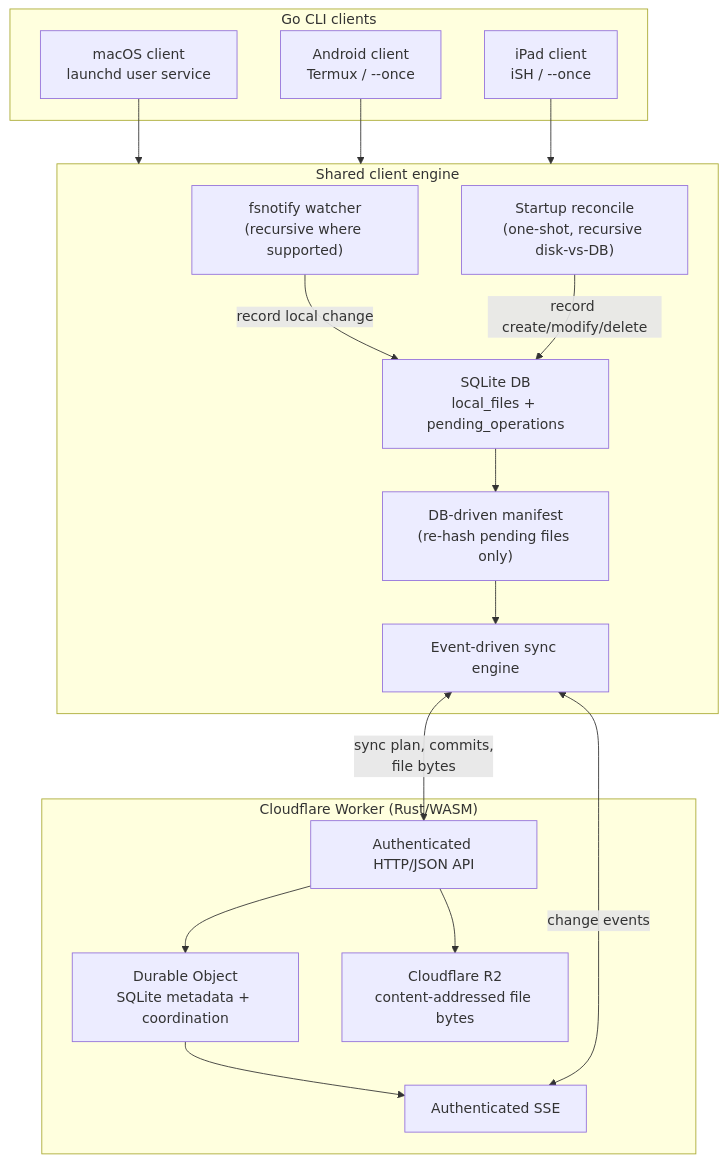
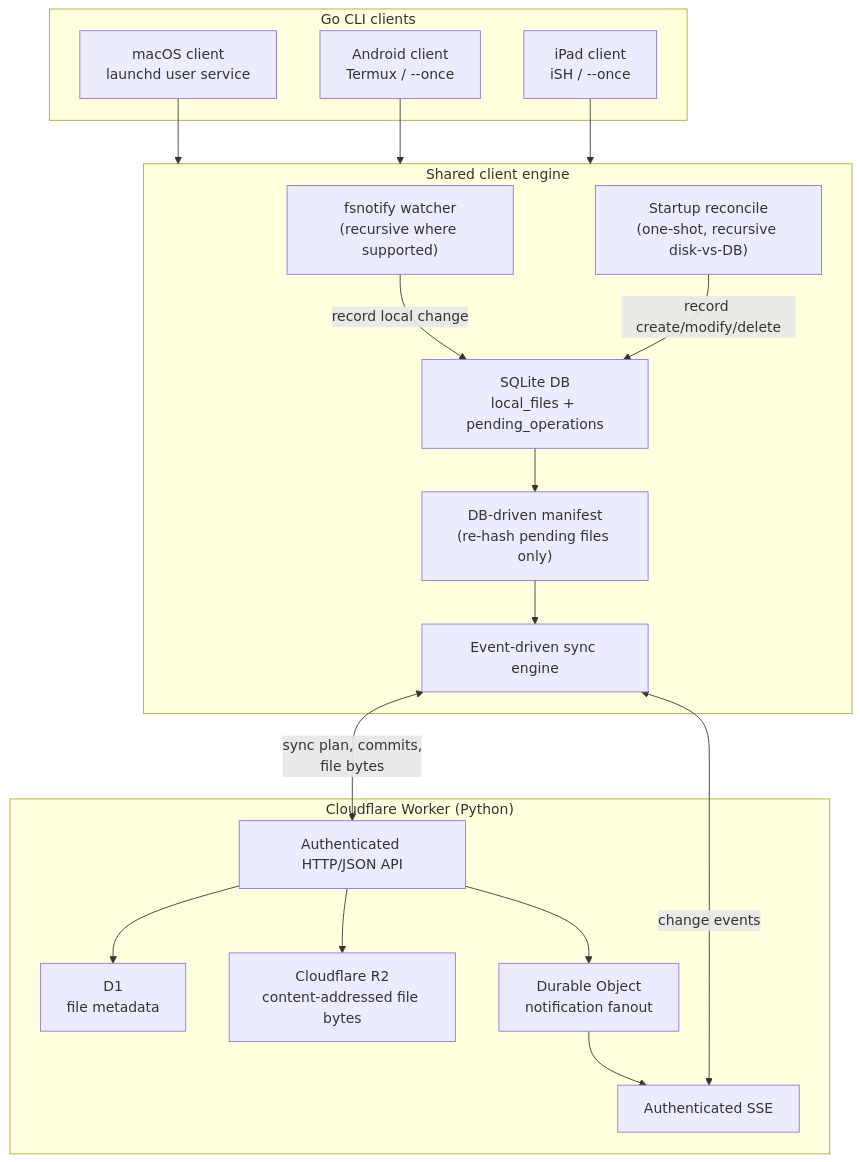
Before and after one commit to ShivangNagta/data_sync: the diagram in MAIN.md, drawn with Mermaid. The commit also changed other lines of this file and 12 other files, not shown here.

Commit message:
SERVER: Add python sync server using python cloudflare workers

````diff
--- a/MAIN.md
+++ b/MAIN.md
@@ -7,39 +7,41 @@
 ```mermaid
 flowchart TB
     subgraph Clients["Go CLI clients"]
         Mac["macOS client<br/>launchd user service"]
         Android["Android client<br/>Termux / --once"]
         IPad["iPad client<br/>iSH / --once"]
     end
 
     subgraph Client["Shared client engine"]
         Watcher["fsnotify watcher<br/>(recursive where supported)"]
         Reconcile["Startup reconcile<br/>(one-shot, recursive disk-vs-DB)"]
         LocalDB["SQLite DB<br/>local_files + pending_operations"]
         Manifest["DB-driven manifest<br/>(re-hash pending files only)"]
         SyncEngine["Event-driven sync engine"]
 
         Watcher -->|"record local change"| LocalDB
         Reconcile -->|"record create/modify/delete"| LocalDB
         LocalDB --> Manifest
         Manifest --> SyncEngine
     end
 
-    subgraph Worker["Cloudflare Worker (Rust/WASM)"]
+    subgraph Worker["Cloudflare Worker (Python)"]
         API["Authenticated HTTP/JSON API"]
-        DurableObject["Durable Object<br/>SQLite metadata + coordination"]
+        D1["D1<br/>file metadata"]
         R2["Cloudflare R2<br/>content-addressed file bytes"]
+        EventHub["Durable Object<br/>notification fanout"]
         Events["Authenticated SSE"]
 
-        API --> DurableObject
+        API --> D1
         API --> R2
-        DurableObject --> Events
+        API --> EventHub
+        EventHub --> Events
     end
 
     Mac --> Client
     Android --> Client
     IPad --> Client
 
     SyncEngine <-->|"sync plan, commits,<br/>file bytes"| API
     SyncEngine <-->|"change events"| Events
 ```
````
